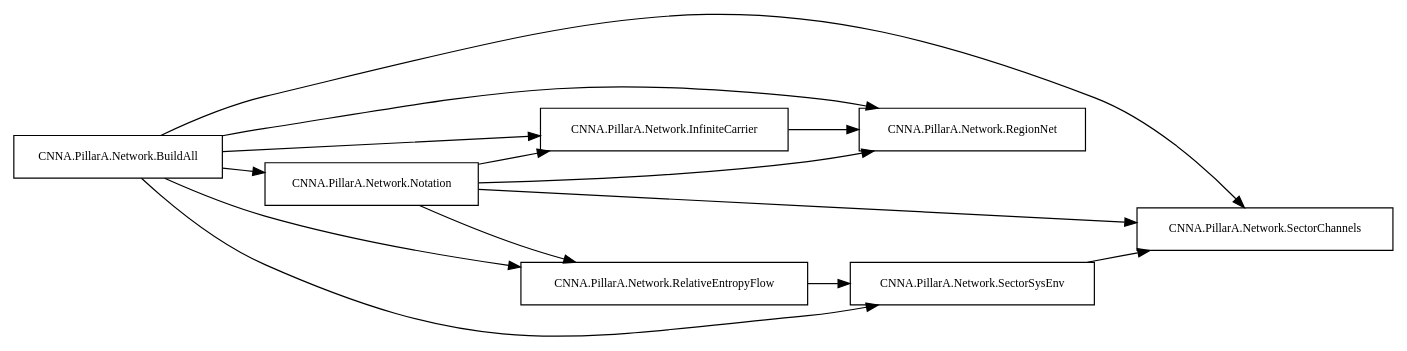
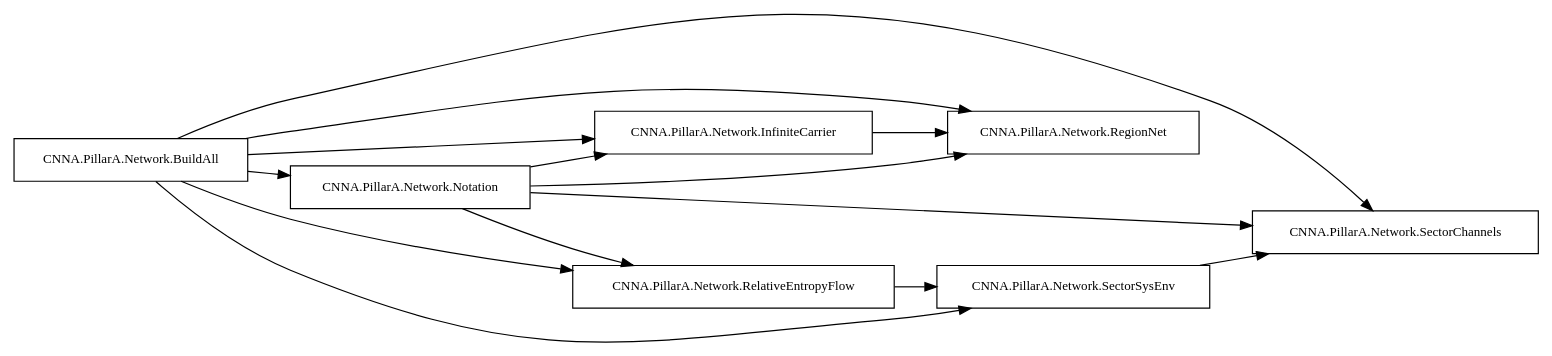
The diagram in Repository/repo_inventory/raw_export/group_subgraphs/pillara_network.dot (antaris82/CNNA-Project), drawn with Graphviz before and after one commit. The commit also changed 156 other files, not shown here.

```diff
--- a/Repository/repo_inventory/raw_export/group_subgraphs/pillara_network.dot
+++ b/Repository/repo_inventory/raw_export/group_subgraphs/pillara_network.dot
@@ -1,24 +1,24 @@
 digraph group_pillara_network {
   rankdir="LR";
-  node [shape=box, fontsize=10];
+  node [shape=box, fontsize=11];
   "CNNA.PillarA.Network.BuildAll" [tooltip="PillarA/Network"];
   "CNNA.PillarA.Network.InfiniteCarrier" [tooltip="PillarA/Network"];
   "CNNA.PillarA.Network.Notation" [tooltip="PillarA/Network"];
   "CNNA.PillarA.Network.RegionNet" [tooltip="PillarA/Network"];
   "CNNA.PillarA.Network.RelativeEntropyFlow" [tooltip="PillarA/Network"];
   "CNNA.PillarA.Network.SectorChannels" [tooltip="PillarA/Network"];
   "CNNA.PillarA.Network.SectorSysEnv" [tooltip="PillarA/Network"];
   "CNNA.PillarA.Network.BuildAll" -> "CNNA.PillarA.Network.InfiniteCarrier";
   "CNNA.PillarA.Network.BuildAll" -> "CNNA.PillarA.Network.Notation";
   "CNNA.PillarA.Network.BuildAll" -> "CNNA.PillarA.Network.RegionNet";
   "CNNA.PillarA.Network.BuildAll" -> "CNNA.PillarA.Network.RelativeEntropyFlow";
   "CNNA.PillarA.Network.BuildAll" -> "CNNA.PillarA.Network.SectorChannels";
   "CNNA.PillarA.Network.BuildAll" -> "CNNA.PillarA.Network.SectorSysEnv";
   "CNNA.PillarA.Network.InfiniteCarrier" -> "CNNA.PillarA.Network.RegionNet";
   "CNNA.PillarA.Network.Notation" -> "CNNA.PillarA.Network.InfiniteCarrier";
   "CNNA.PillarA.Network.Notation" -> "CNNA.PillarA.Network.RegionNet";
   "CNNA.PillarA.Network.Notation" -> "CNNA.PillarA.Network.RelativeEntropyFlow";
   "CNNA.PillarA.Network.Notation" -> "CNNA.PillarA.Network.SectorChannels";
   "CNNA.PillarA.Network.RelativeEntropyFlow" -> "CNNA.PillarA.Network.SectorSysEnv";
   "CNNA.PillarA.Network.SectorSysEnv" -> "CNNA.PillarA.Network.SectorChannels";
 }
```
